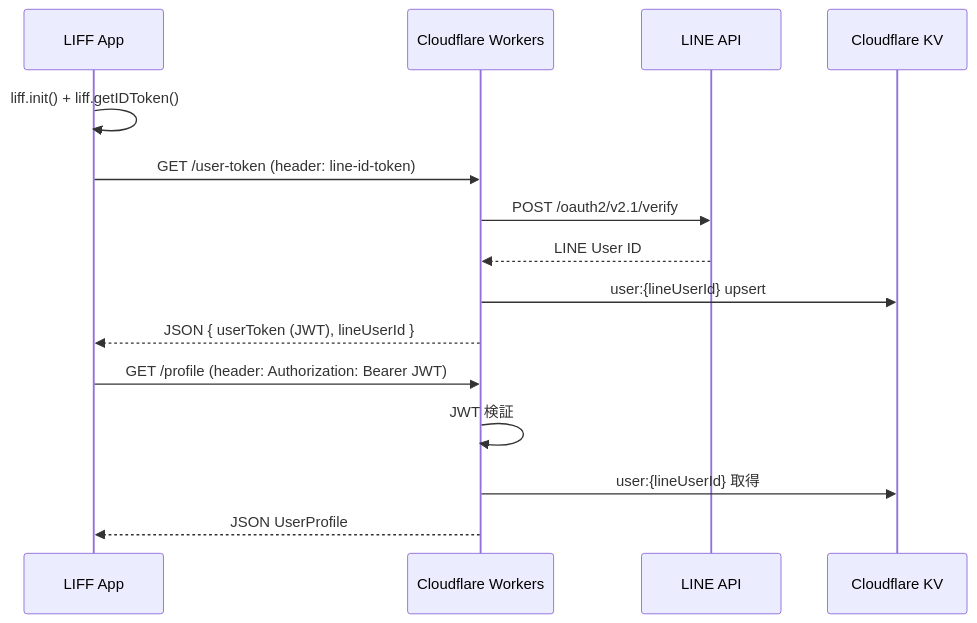
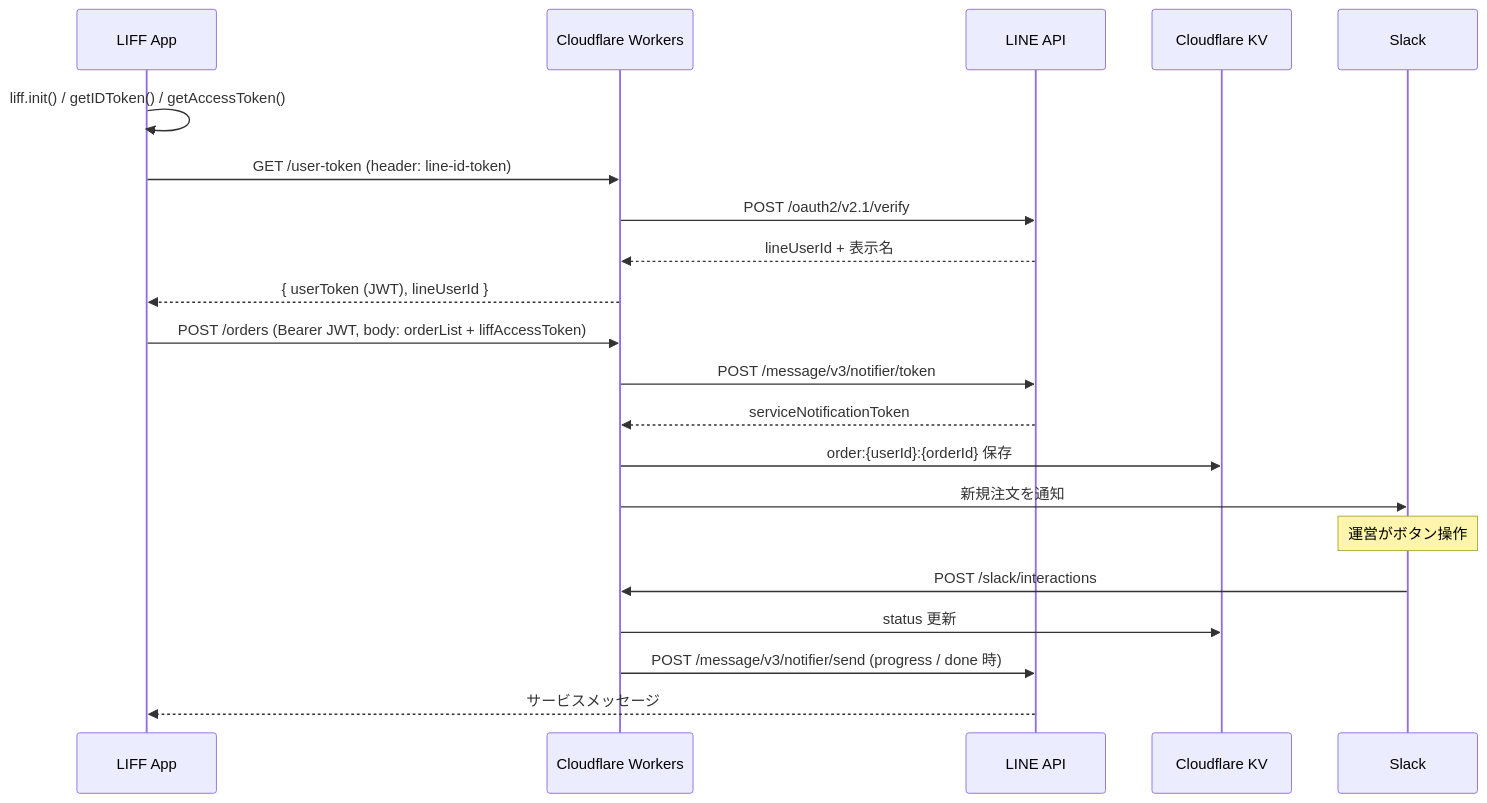
Before and after one commit to webdev-jp-net/line-order-api: the diagram in README.md, drawn with Mermaid. The commit also changed other lines of this file and 4 other files, not shown here.

Commit message:
docs: 仕様の正本を line-order-document へ移管

````diff
--- a/README.md
+++ b/README.md
@@ -28,18 +36,24 @@
 ```mermaid
 sequenceDiagram
-	participant User as LIFF App
-	participant Worker as Cloudflare Workers
-	participant LINE as LINE API
-	participant KV as Cloudflare KV
+    participant User as LIFF App
+    participant Worker as Cloudflare Workers
+    participant LINE as LINE API
+    participant KV as Cloudflare KV
+    participant Slack as Slack
 
-	User->>User: liff.init() + liff.getIDToken()
-	User->>Worker: GET /user-token (header: line-id-token)
-	Worker->>LINE: POST /oauth2/v2.1/verify
-	LINE-->>Worker: LINE User ID
-	Worker->>KV: user:{lineUserId} upsert
-	Worker-->>User: JSON { userToken (JWT), lineUserId }
-	User->>Worker: GET /profile (header: Authorization: Bearer JWT)
-	Worker->>Worker: JWT 検証
-	Worker->>KV: user:{lineUserId} 取得
-	Worker-->>User: JSON UserProfile
+    User->>User: liff.init() / getIDToken() / getAccessToken()
+    User->>Worker: GET /user-token (header: line-id-token)
+    Worker->>LINE: POST /oauth2/v2.1/verify
+    LINE-->>Worker: lineUserId + 表示名
+    Worker-->>User: { userToken (JWT), lineUserId }
+    User->>Worker: POST /orders (Bearer JWT, body: orderList + liffAccessToken)
+    Worker->>LINE: POST /message/v3/notifier/token
+    LINE-->>Worker: serviceNotificationToken
+    Worker->>KV: order:{userId}:{orderId} 保存
+    Worker->>Slack: 新規注文を通知
+    Note over Slack: 運営がボタン操作
+    Slack->>Worker: POST /slack/interactions
+    Worker->>KV: status 更新
+    Worker->>LINE: POST /message/v3/notifier/send (progress / done 時)
+    LINE-->>User: サービスメッセージ
 ```
````
